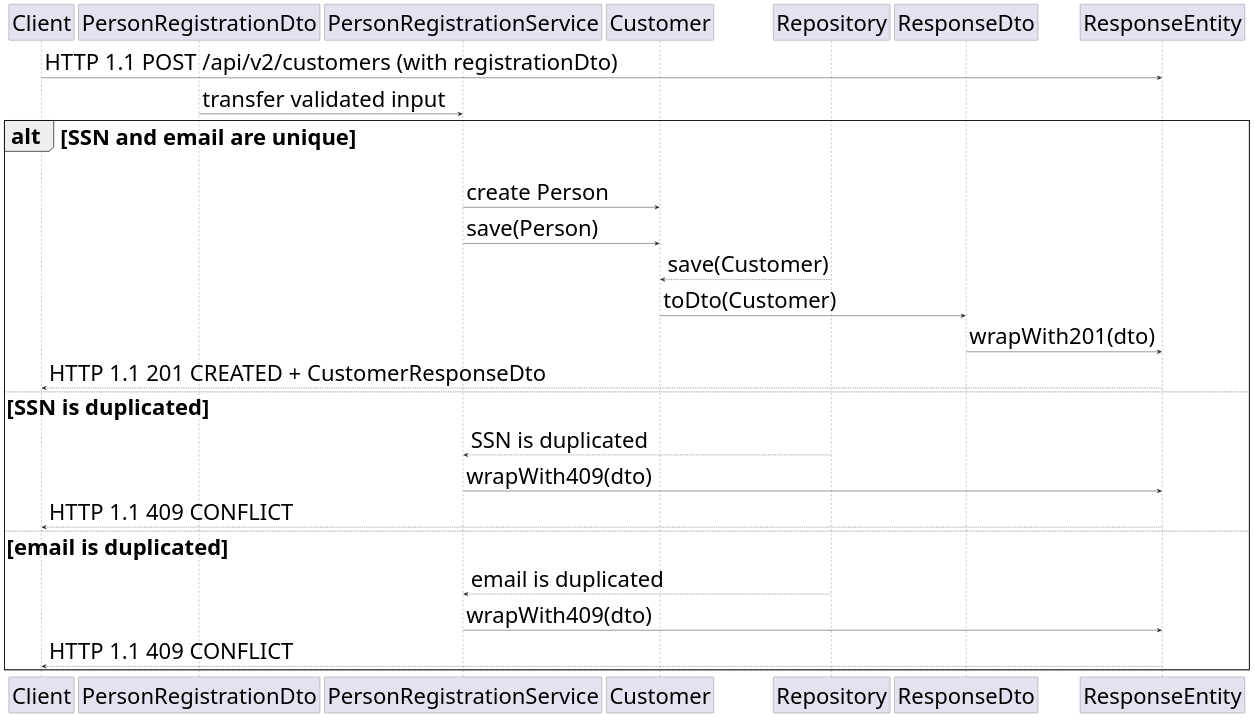
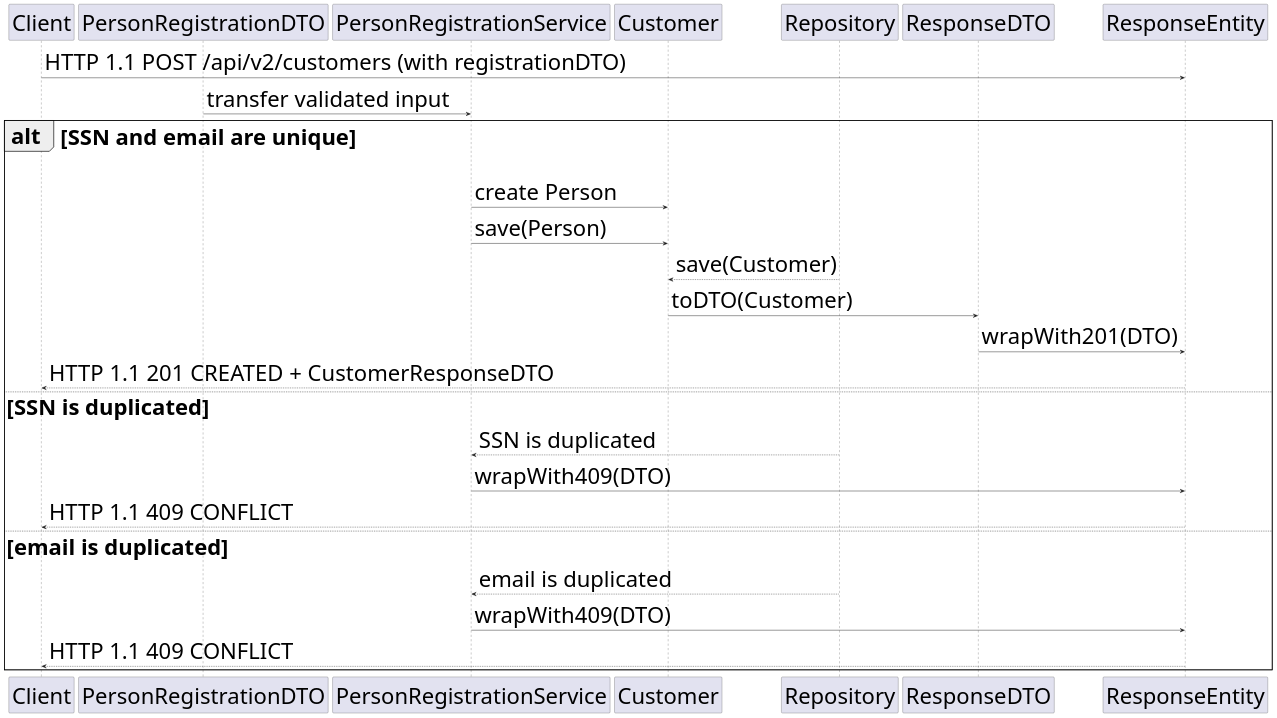
One commit to LazaroDamasceno/Dissertacao-Mestrado changed the diagram in codes/customer_registration_sequence_diagram.wsd. Above: the diagram before and after it, drawn with PlantUML. The commit also changed 18 other files, not shown here.

```diff
--- a/codes/customer_registration_sequence_diagram.wsd
+++ b/codes/customer_registration_sequence_diagram.wsd
@@ -1,49 +1,49 @@
 @startuml
 
 skinparam defaultFontSize 50
 
 participant "Client"
-participant "PersonRegistrationDto" as registrationDto
+participant "PersonRegistrationDTO" as registrationDTO
 participant "PersonRegistrationService" as registrationService
 participant "Customer" as entity
 participant "Repository" as repository
-participant "ResponseDto" as responseDto
+participant "ResponseDTO" as responseDTO
 participant "ResponseEntity"
 
-Client -> ResponseEntity: HTTP 1.1 POST /api/v2/customers (with registrationDto)
+Client -> ResponseEntity: HTTP 1.1 POST /api/v2/customers (with registrationDTO)
 
-registrationDto -> registrationService: transfer validated input
+registrationDTO -> registrationService: transfer validated input
 
 alt SSN and email are unique
 
 registrationService -> entity: create Person
 
 registrationService -> entity: save(Person)
 
 entity <-- repository: save(Customer)
 
-entity -> responseDto: toDto(Customer)
+entity -> responseDTO: toDTO(Customer)
 
-responseDto -> ResponseEntity: wrapWith201(dto)
+responseDTO -> ResponseEntity: wrapWith201(DTO)
 
-Client <-- ResponseEntity: HTTP 1.1 201 CREATED + CustomerResponseDto
+Client <-- ResponseEntity: HTTP 1.1 201 CREATED + CustomerResponseDTO
 
 else SSN is duplicated
 
 registrationService <-- repository: SSN is duplicated
 
-registrationService -> ResponseEntity: wrapWith409(dto)
+registrationService -> ResponseEntity: wrapWith409(DTO)
 
 Client <-- ResponseEntity: HTTP 1.1 409 CONFLICT
 
 else email is duplicated
 
 registrationService <-- repository: email is duplicated
 
-registrationService -> ResponseEntity: wrapWith409(dto)
+registrationService -> ResponseEntity: wrapWith409(DTO)
 
 Client <-- ResponseEntity: HTTP 1.1 409 CONFLICT
 
 end
 
 @enduml
```
